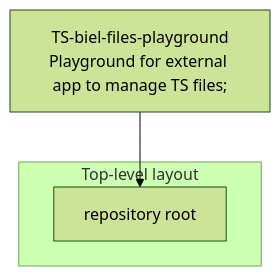
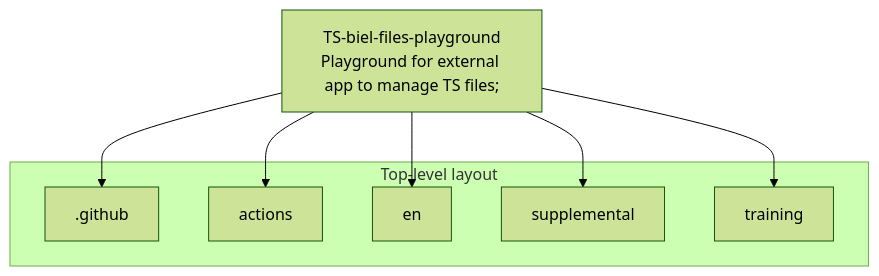
The second of 3 diagrams in architecture/WycliffeAssociates/TS-biel-files-playground-architecture.md (AnonymousWalker/project-repos-diagram), drawn with Mermaid (forest theme) before and after one commit. The commit also changed other lines of this file and 18 other files, not shown here.

Commit message:
chore: refresh architecture diagrams

````diff
--- a/architecture/WycliffeAssociates/TS-biel-files-playground-architecture.md
+++ b/architecture/WycliffeAssociates/TS-biel-files-playground-architecture.md
@@ -30,10 +38,18 @@
 ```mermaid
 flowchart TB
   Root["TS-biel-files-playground<br/>Playground for external app to manage TS files;"]
 
   subgraph structure["Top-level layout"]
-    Src["repository root"]
+    D0[".github"]
+    D1["actions"]
+    D2["en"]
+    D3["supplemental"]
+    D4["training"]
   end
 
-  Root --> Src
+  Root --> D0
+  Root --> D1
+  Root --> D2
+  Root --> D3
+  Root --> D4
 ```
````
